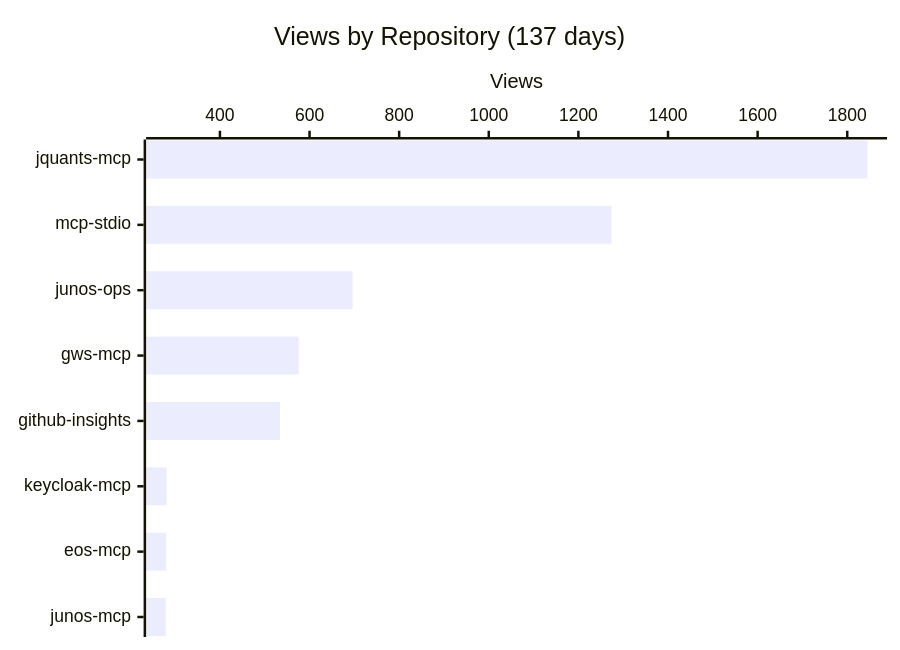
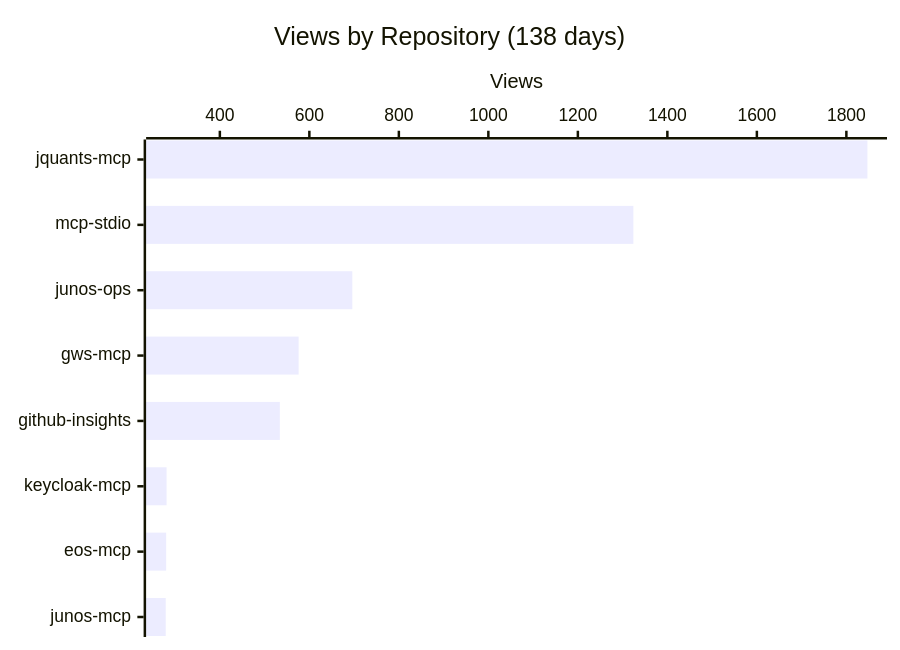
The first of 4 diagrams in README.md (shigechika/github-insights), drawn with Mermaid before and after one commit. The commit also changed other lines of this file and 2 other files, not shown here.

````diff
--- a/README.md
+++ b/README.md
@@ -18,7 +18,7 @@
 ```mermaid
 xychart-beta horizontal
-    title "Views by Repository (137 days)"
+    title "Views by Repository (138 days)"
     x-axis ["jquants-mcp", "mcp-stdio", "junos-ops", "gws-mcp", "github-insights", "keycloak-mcp", "eos-mcp", "junos-mcp"]
     y-axis "Views"
-    bar [1845, 1274, 696, 576, 534, 281, 280, 279]
+    bar [1847, 1324, 696, 576, 534, 281, 280, 279]
 ```
````
